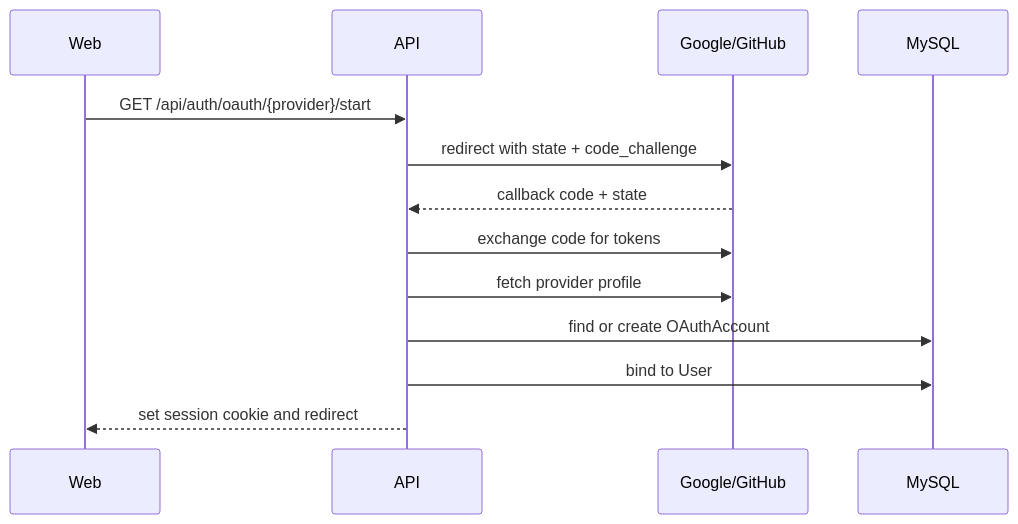
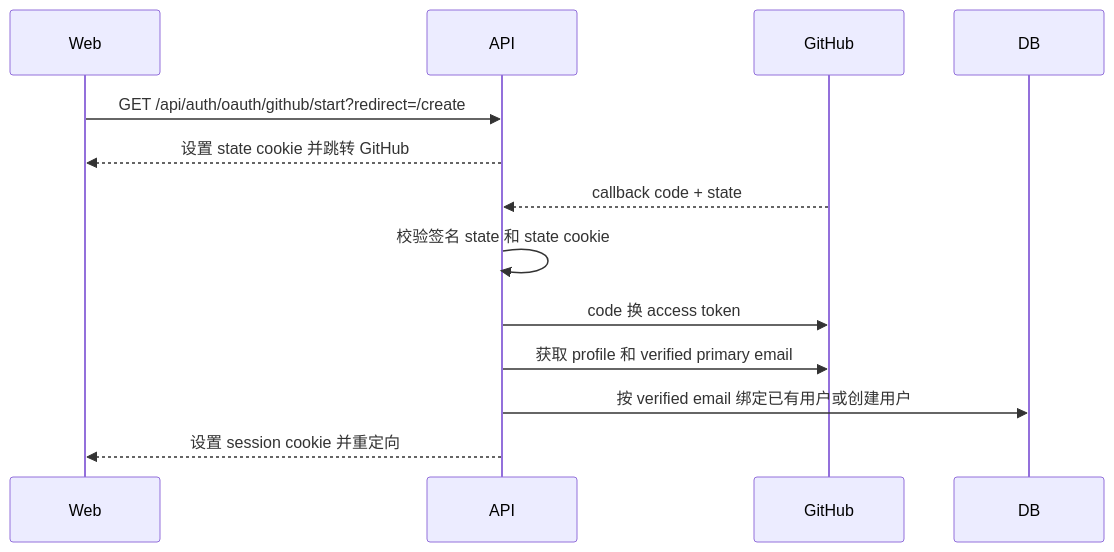
The third of 3 diagrams in docs/architecture.md (zhouyeyyds/game-agent), drawn with Mermaid before and after one commit. The commit also changed other lines of this file and 4 other files, not shown here.

````diff
--- a/docs/architecture.md
+++ b/docs/architecture.md
@@ -126,16 +128,16 @@
 ```mermaid
 sequenceDiagram
     participant Web
     participant API
-    participant OAuth as Google/GitHub
-    participant DB as MySQL
+    participant GitHub
+    participant DB
 
-    Web->>API: GET /api/auth/oauth/{provider}/start
-    API->>OAuth: redirect with state + code_challenge
-    OAuth-->>API: callback code + state
-    API->>OAuth: exchange code for tokens
-    API->>OAuth: fetch provider profile
-    API->>DB: find or create OAuthAccount
-    API->>DB: bind to User
-    API-->>Web: set session cookie and redirect
+    Web->>API: GET /api/auth/oauth/github/start?redirect=/create
+    API-->>Web: 设置 state cookie 并跳转 GitHub
+    GitHub-->>API: callback code + state
+    API->>API: 校验签名 state 和 state cookie
+    API->>GitHub: code 换 access token
+    API->>GitHub: 获取 profile 和 verified primary email
+    API->>DB: 按 verified email 绑定已有用户或创建用户
+    API-->>Web: 设置 session cookie 并重定向
 ```
````
